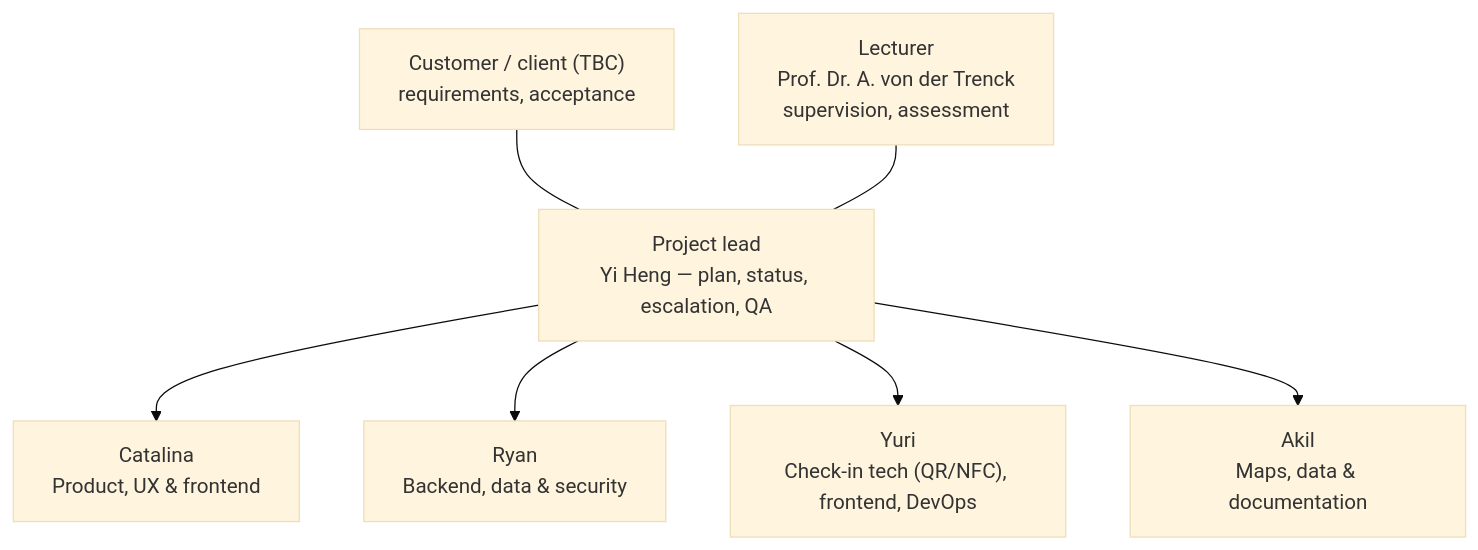
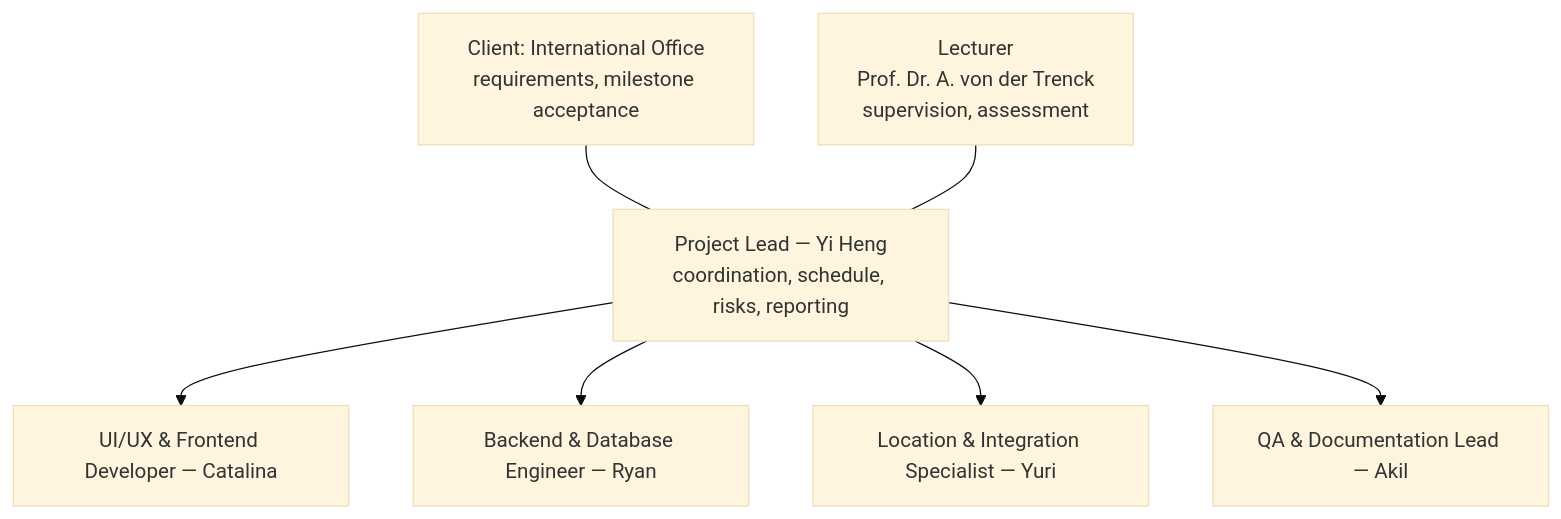
One commit to CZPS-ds3/CampusGo changed the second of 2 diagrams in docs/project_handbook.md. Above: the diagram before and after it, drawn with Mermaid (base theme). The commit also changed other lines of this file and 16 other files, not shown here.

````diff
--- a/docs/project_handbook.md
+++ b/docs/project_handbook.md
@@ -218,10 +233,10 @@
 ```mermaid
 flowchart TD
-    C["Customer / client (TBC)<br/>requirements, acceptance"] --- PL
+    C["Client: International Office<br/>requirements, milestone acceptance"] --- PL
     L["Lecturer<br/>Prof. Dr. A. von der Trenck<br/>supervision, assessment"] --- PL
-    PL["Project lead<br/>Yi Heng — plan, status, escalation, QA"]
-    PL --> P["Catalina<br/>Product, UX & frontend"]
-    PL --> R["Ryan<br/>Backend, data & security"]
-    PL --> Y["Yuri<br/>Check-in tech (QR/NFC), frontend, DevOps"]
-    PL --> A["Akil<br/>Maps, data & documentation"]
+    PL["Project Lead — Yi Heng<br/>coordination, schedule, risks, reporting"]
+    PL --> UX["UI/UX & Frontend Developer — Catalina"]
+    PL --> BE["Backend & Database Engineer — Ryan"]
+    PL --> LO["Location & Integration Specialist — Yuri"]
+    PL --> QA["QA & Documentation Lead — Akil"]
 ```
````
